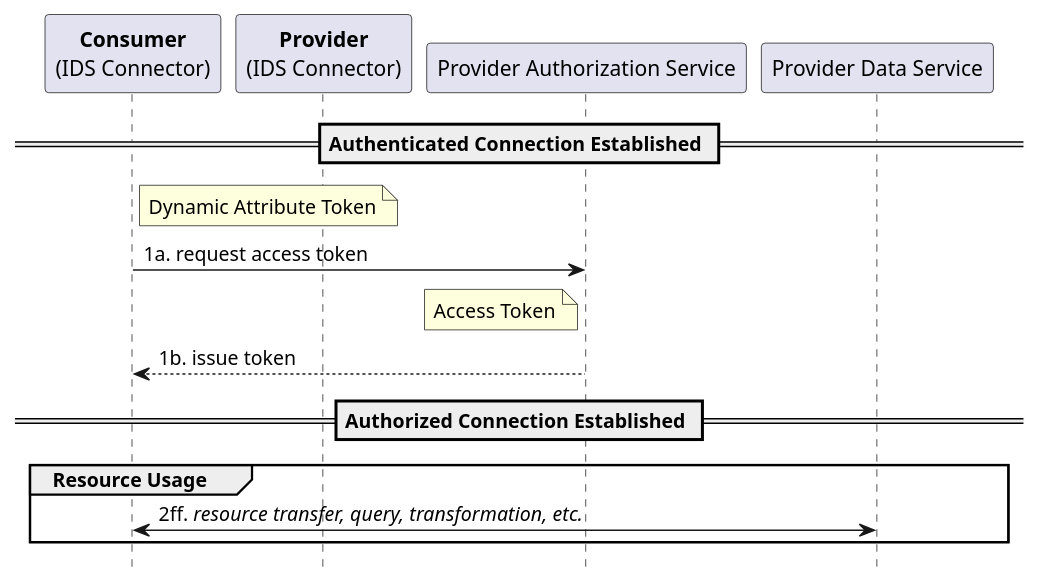
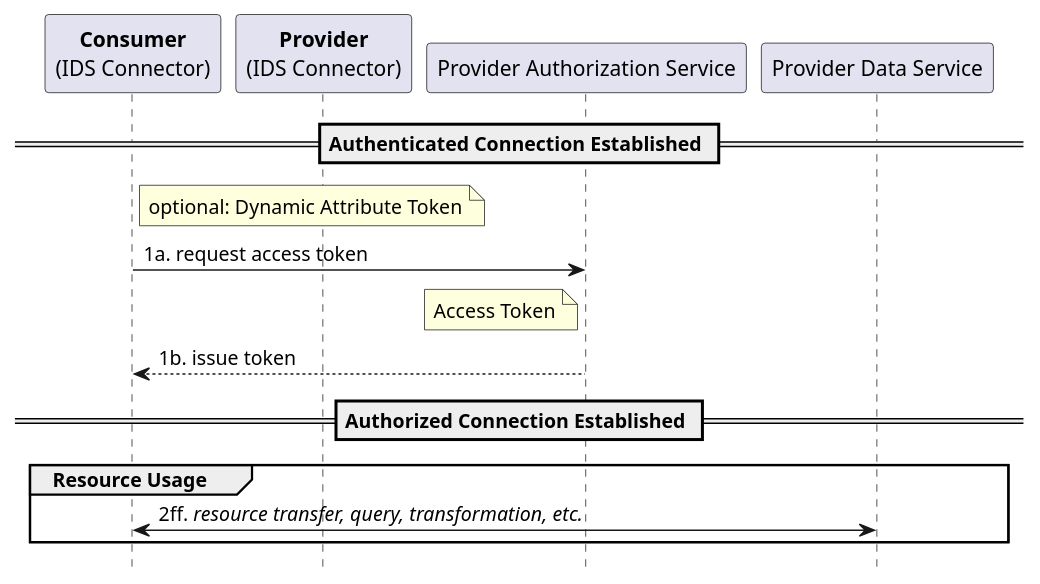
One commit to IndustrialDataSpace/Documentation changed the diagram in establish_authorized_connection.plantuml. Above: the diagram before and after it, drawn with PlantUML. The commit also changed 2 other files, not shown here.

```diff
--- a/establish_authorized_connection.plantuml
+++ b/establish_authorized_connection.plantuml
@@ -1,26 +1,26 @@
 @startuml
 
 hide footbox
 
 participant "**Consumer**\n(IDS Connector)" as C
 participant "**Provider**\n(IDS Connector)" as P
 participant "Provider Authorization Service" as PAS
 participant "Provider Data Service" as PDS
 
 == Authenticated Connection Established ==
 
-note right of C: Dynamic Attribute Token
+note right of C: optional: Dynamic Attribute Token
 C -> PAS: 1a. request access token
 
 note left of PAS: Access Token
 PAS --> C: 1b. issue token
 
 == Authorized Connection Established ==
 
 group Resource Usage
 
 C <-> PDS: 2ff. //resource transfer, query, transformation, etc.//
 
 end
 
 @enduml
```
